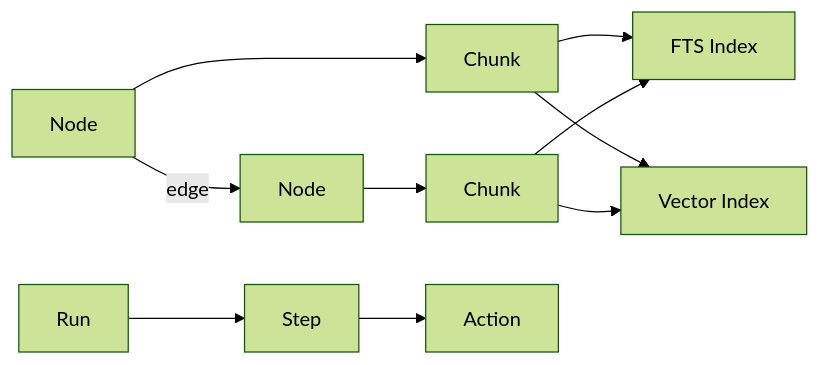
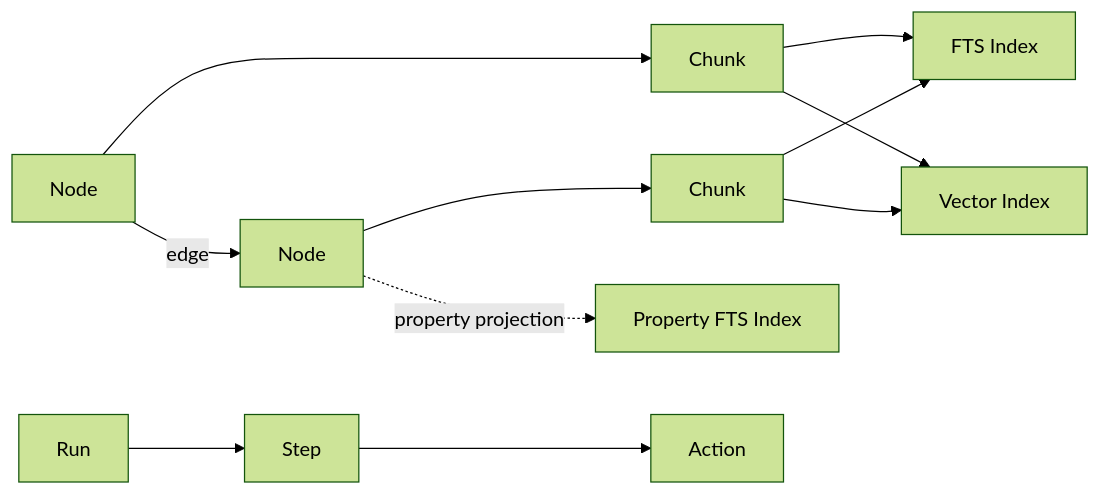
The diagram in docs/concepts/data-model.md (coreyt/fathomdb), drawn with Mermaid (forest theme) before and after one commit. The commit also changed other lines of this file and 23 other files, not shown here.

````diff
--- a/docs/concepts/data-model.md
+++ b/docs/concepts/data-model.md
@@ -8,12 +8,13 @@
 ```mermaid
 graph LR
     N1[Node] -- edge --> N2[Node]
     N1 --> C1[Chunk]
     N2 --> C2[Chunk]
     C1 --> FTS[FTS Index]
     C1 --> VEC[Vector Index]
     C2 --> FTS
     C2 --> VEC
+    N2 -.->|property projection| PFTS[Property FTS Index]
     R[Run] --> S[Step]
     S --> A[Action]
 ```
````
